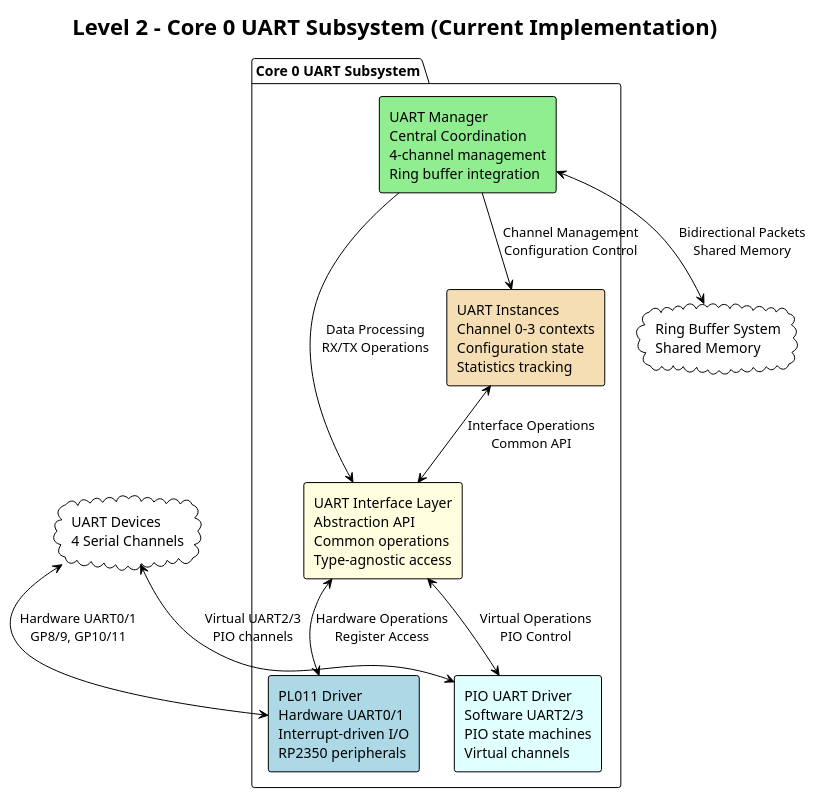
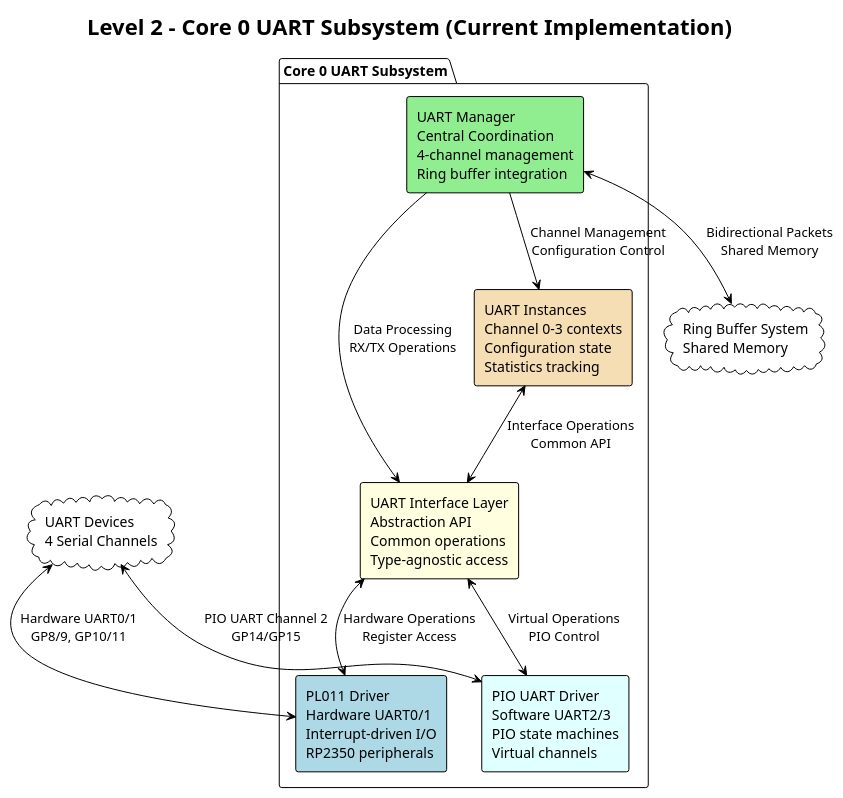
Before and after one commit to haxorsebb/UART2ETH: the second of 18 diagrams in src/docs/arc42/chapters/05_building_block_view.adoc, drawn with PlantUML. The commit also changed other lines of this file and 11 other files, not shown here.

First line of the commit message:
feat: implement PIO UART driver for Channel 2 (Issue #82)

```diff
--- a/src/docs/arc42/chapters/05_building_block_view.adoc
+++ b/src/docs/arc42/chapters/05_building_block_view.adoc
@@ -223,38 +223,38 @@
 [plantuml, level2-core0-uart-actual, svg]
 ----
 @startuml
 !theme plain
 skinparam backgroundColor transparent
 skinparam componentStyle rectangle
 
 title Level 2 - Core 0 UART Subsystem (Current Implementation)
 
 cloud "UART Devices\n4 Serial Channels" as UD
 cloud "Ring Buffer System\nShared Memory" as RBS
 
 package "Core 0 UART Subsystem" {
     component "UART Manager\nCentral Coordination\n4-channel management\nRing buffer integration" as UART_MGR #lightgreen
     
     component "UART Interface Layer\nAbstraction API\nCommon operations\nType-agnostic access" as UART_IF #lightyellow
     
     component "PL011 Driver\nHardware UART0/1\nInterrupt-driven I/O\nRP2350 peripherals" as PL011_DRV #lightblue
     
     component "PIO UART Driver\nSoftware UART2/3\nPIO state machines\nVirtual channels" as PIO_DRV #lightcyan
     
     component "UART Instances\nChannel 0-3 contexts\nConfiguration state\nStatistics tracking" as UART_INST #wheat
 }
 
 ' External connections
 UD <--> PL011_DRV : Hardware UART0/1\nGP8/9, GP10/11
-UD <--> PIO_DRV : Virtual UART2/3\nPIO channels
+UD <--> PIO_DRV : PIO UART Channel 2\nGP14/GP15
 UART_MGR <--> RBS : Bidirectional Packets\nShared Memory
 
 ' Internal connections
 UART_MGR --> UART_INST : Channel Management\nConfiguration Control
 UART_INST <--> UART_IF : Interface Operations\nCommon API
 UART_IF <--> PL011_DRV : Hardware Operations\nRegister Access
 UART_IF <--> PIO_DRV : Virtual Operations\nPIO Control
 UART_MGR --> UART_IF : Data Processing\nRX/TX Operations
 
 @enduml
 ----
```
